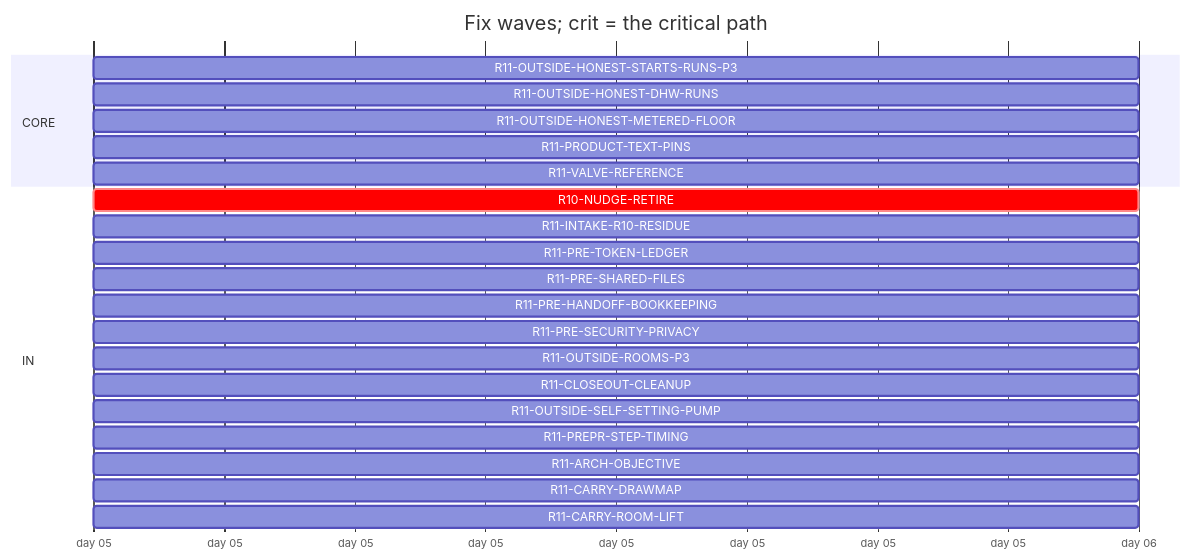
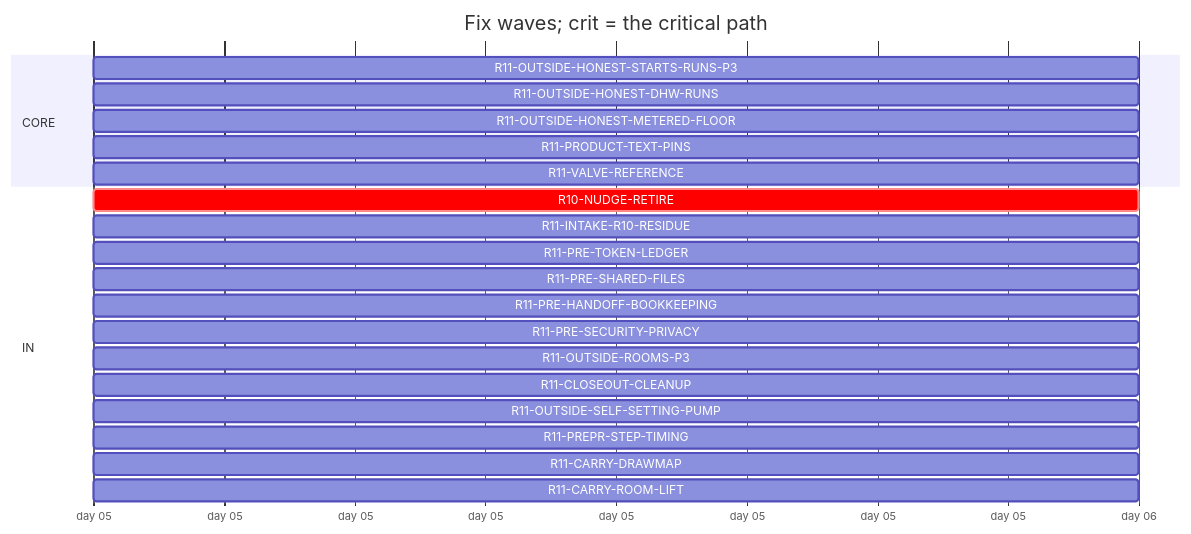
The diagram in handoff/round11/state/PLAN-TABLE.md (tvofi/heatpump_optimizer), drawn with Mermaid before and after one commit. The commit also changed other lines of this file and 4 other files, not shown here.

Commit message:
state: FLOW-BOARD.md, NEXT-SESSION-PROMPT.md, PLAN-TABLE.md, PLAN.html, RESUME-CURRENT.md regenerated (state_docs.py)

````diff
--- a/handoff/round11/state/PLAN-TABLE.md
+++ b/handoff/round11/state/PLAN-TABLE.md
@@ -15,26 +15,25 @@
 ```mermaid
 gantt
   title Fix waves; crit = the critical path
   dateFormat YYYY-MM-DD
   axisFormat day %d
   section CORE
     R11-OUTSIDE-HONEST-STARTS-RUNS-P3 :r11OUTSIDEHONESTSTARTSRUNSP3, 2026-01-05, 1d
     R11-OUTSIDE-HONEST-DHW-RUNS :r11OUTSIDEHONESTDHWRUNS, 2026-01-05, 1d
     R11-OUTSIDE-HONEST-METERED-FLOOR :r11OUTSIDEHONESTMETEREDFLOOR, 2026-01-05, 1d
     R11-PRODUCT-TEXT-PINS :r11PRODUCTTEXTPINS, 2026-01-05, 1d
     R11-VALVE-REFERENCE :r11VALVEREFERENCE, 2026-01-05, 1d
   section IN
     R10-NUDGE-RETIRE :crit, r10NUDGERETIRE, 2026-01-05, 1d
     R11-INTAKE-R10-RESIDUE :r11INTAKER10RESIDUE, 2026-01-05, 1d
     R11-PRE-TOKEN-LEDGER :r11PRETOKENLEDGER, 2026-01-05, 1d
     R11-PRE-SHARED-FILES :r11PRESHAREDFILES, 2026-01-05, 1d
     R11-PRE-HANDOFF-BOOKKEEPING :r11PREHANDOFFBOOKKEEPING, 2026-01-05, 1d
     R11-PRE-SECURITY-PRIVACY :r11PRESECURITYPRIVACY, 2026-01-05, 1d
     R11-OUTSIDE-ROOMS-P3 :r11OUTSIDEROOMSP3, 2026-01-05, 1d
     R11-CLOSEOUT-CLEANUP :r11CLOSEOUTCLEANUP, 2026-01-05, 1d
     R11-OUTSIDE-SELF-SETTING-PUMP :r11OUTSIDESELFSETTINGPUMP, 2026-01-05, 1d
     R11-PREPR-STEP-TIMING :r11PREPRSTEPTIMING, 2026-01-05, 1d
-    R11-ARCH-OBJECTIVE :r11ARCHOBJECTIVE, 2026-01-05, 1d
     R11-CARRY-DRAWMAP :r11CARRYDRAWMAP, 2026-01-05, 1d
     R11-CARRY-ROOM-LIFT :r11CARRYROOMLIFT, 2026-01-05, 1d
 ```
````
